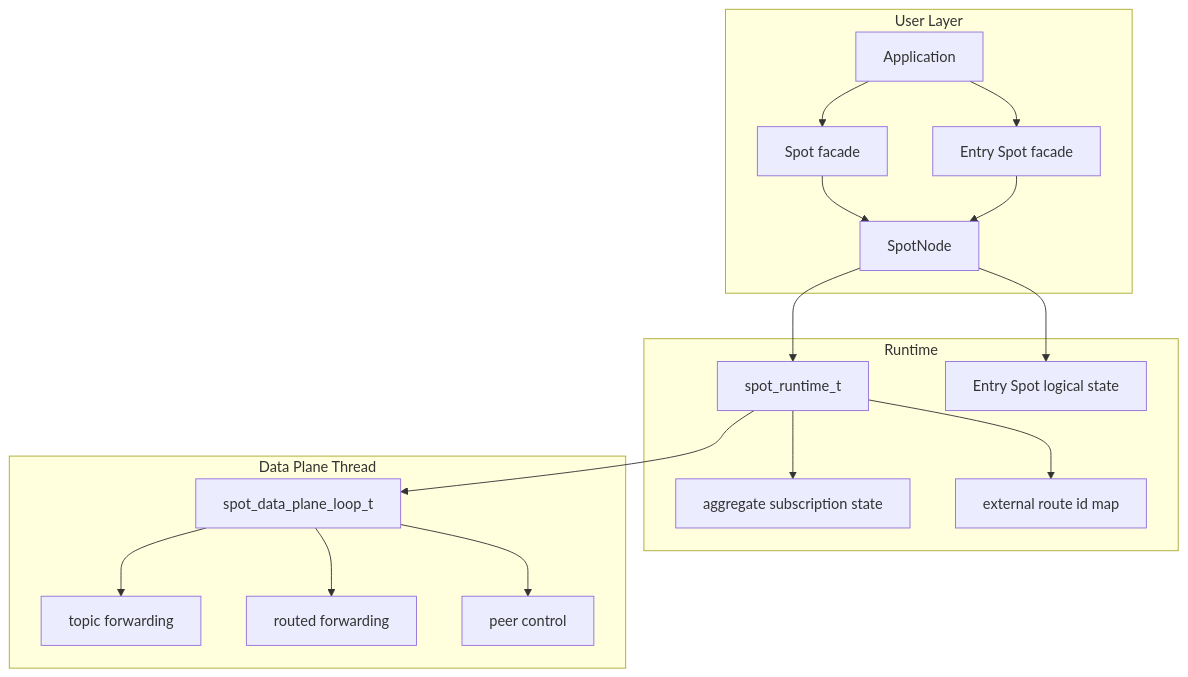
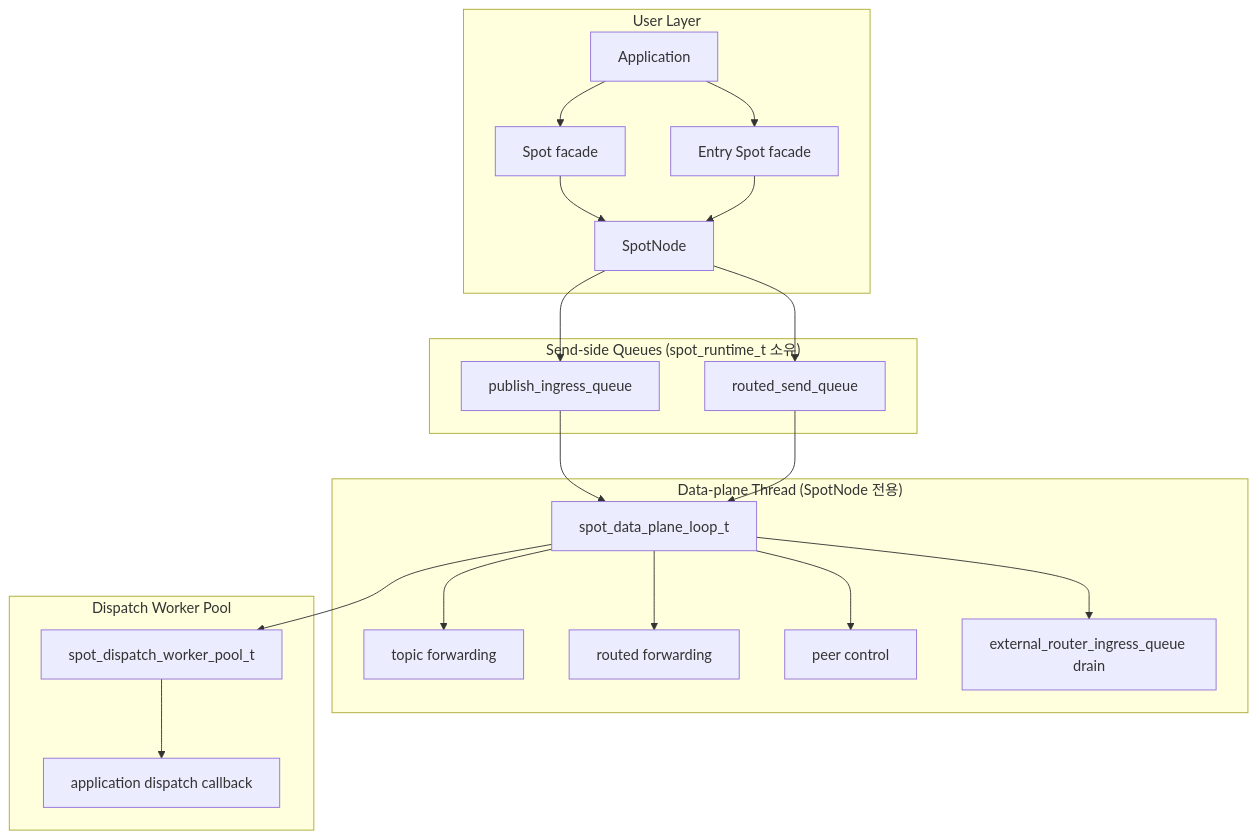
Before and after one commit to kairos-code-dev/zlink: the first of 11 diagrams in doc/internals/spot-internals.ko.md, drawn with Mermaid. The commit also changed other lines of this file and 25 other files, not shown here.

Commit message:
Implement spot publish ingress data plane

````diff
--- a/doc/internals/spot-internals.ko.md
+++ b/doc/internals/spot-internals.ko.md
@@ -51,36 +61,42 @@
 ```mermaid
 flowchart TB
     subgraph UserLayer["User Layer"]
         app["Application"]
         spot["Spot facade"]
         entry["Entry Spot facade"]
         node["SpotNode"]
     end
 
-    subgraph RuntimeLayer["Runtime"]
-        runtime["spot_runtime_t"]
-        agg["aggregate subscription state"]
-        route_ids["external route id map"]
-        entry_state["Entry Spot logical state"]
+    subgraph SendQueues["Send-side Queues (spot_runtime_t 소유)"]
+        piq["publish_ingress_queue"]
+        rsq["routed_send_queue"]
     end
 
-    subgraph DataPlane["Data Plane Thread"]
+    subgraph DataPlane["Data-plane Thread (SpotNode 전용)"]
         loop["spot_data_plane_loop_t"]
         topic["topic forwarding"]
         routed["routed forwarding"]
         control["peer control"]
+        eriq["external_router_ingress_queue drain"]
+    end
+
+    subgraph Workers["Dispatch Worker Pool"]
+        wp["spot_dispatch_worker_pool_t"]
+        cb["application dispatch callback"]
     end
 
     app --> spot
     app --> entry
     spot --> node
     entry --> node
-    node --> runtime
-    node --> entry_state
-    runtime --> agg
-    runtime --> route_ids
-    runtime --> loop
+    node --> piq
+    node --> rsq
+    piq --> loop
+    rsq --> loop
     loop --> topic
     loop --> routed
     loop --> control
+    loop --> eriq
+    loop --> wp
+    wp --> cb
 ```
````
